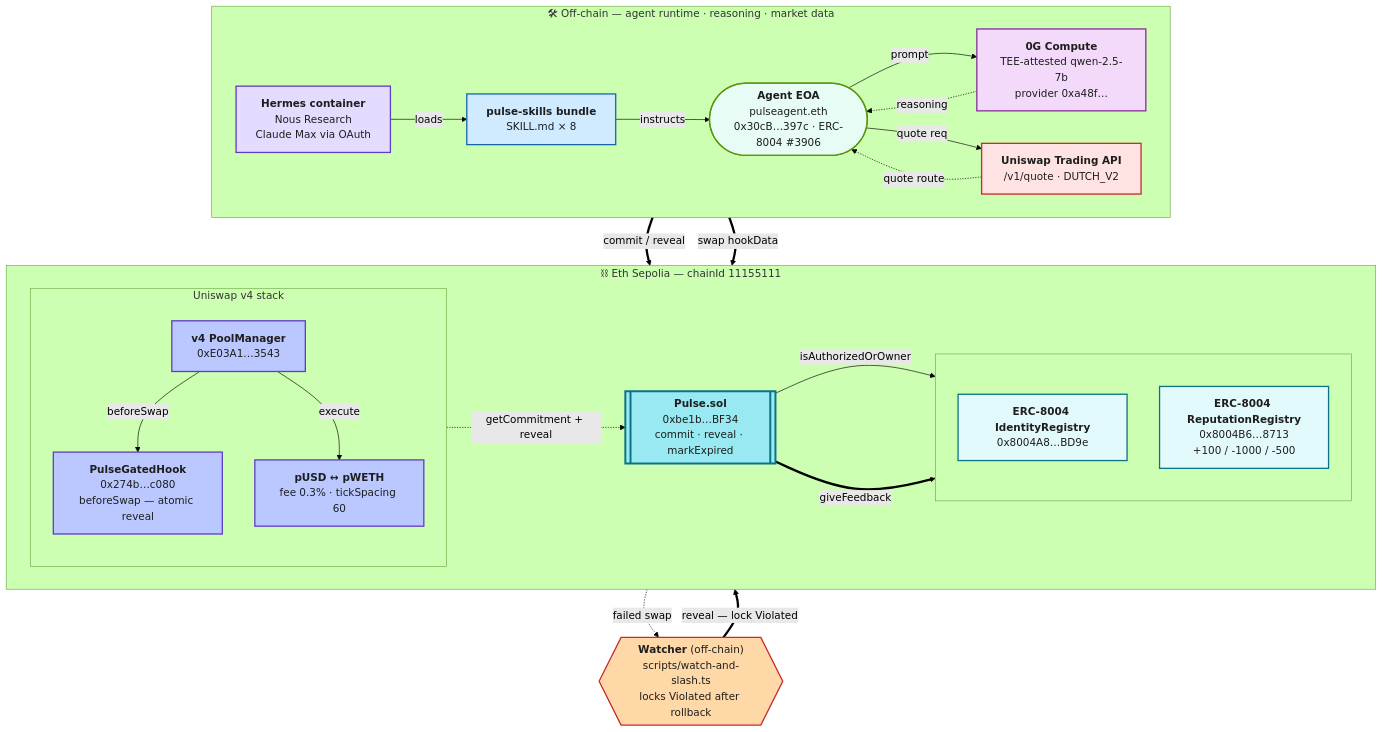
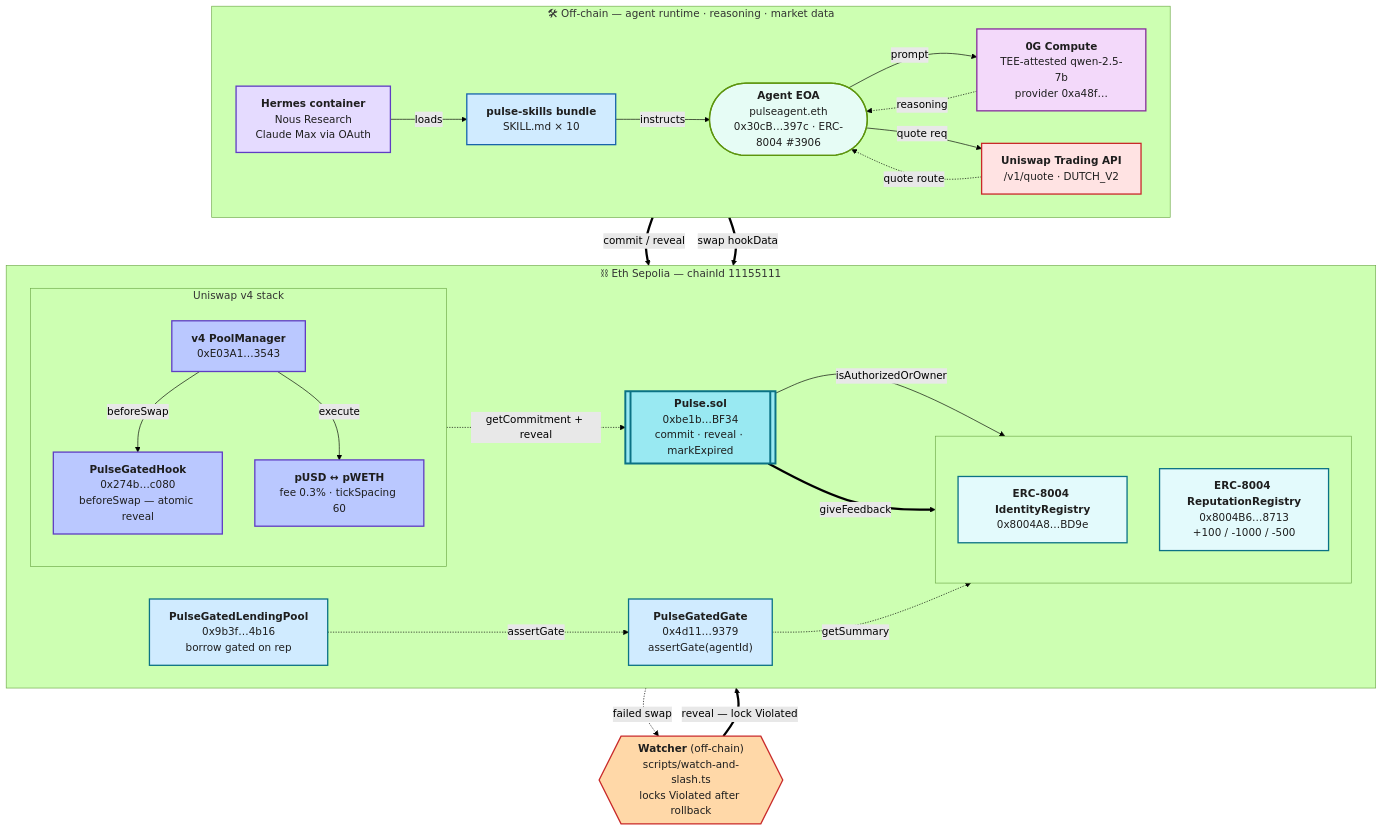
The diagram in README.md (ss251/ethglobal-openagents), drawn with Mermaid (forest theme) before and after one commit. The commit also changed other lines of this file and 3 other files, not shown here.

````diff
--- a/README.md
+++ b/README.md
@@ -19,74 +41,80 @@
 ```mermaid
 flowchart TD
     %% ── Off-chain agent runtime ────────────────────────────────────────
     subgraph OFF["🛠 Off-chain — agent runtime · reasoning · market data"]
         direction LR
         Hermes["<b>Hermes container</b><br/>Nous Research<br/>Claude Max via OAuth"]
-        Skills["<b>pulse-skills bundle</b><br/>SKILL.md × 8"]
+        Skills["<b>pulse-skills bundle</b><br/>SKILL.md × 10"]
         Agent(["<b>Agent EOA</b><br/>pulseagent.eth<br/>0x30cB…397c · ERC-8004 #3906"])
         ZG["<b>0G Compute</b><br/>TEE-attested qwen-2.5-7b<br/>provider 0xa48f…"]
         Trade["<b>Uniswap Trading API</b><br/>/v1/quote · DUTCH_V2"]
     end
 
     %% ── On-chain Eth Sepolia ──────────────────────────────────────────
     subgraph BASE["⛓ Eth Sepolia — chainId 11155111"]
         direction LR
         subgraph ERC[" "]
             direction TB
             ID["<b>ERC-8004 IdentityRegistry</b><br/>0x8004A8…BD9e"]
             Rep["<b>ERC-8004 ReputationRegistry</b><br/>0x8004B6…8713<br/>+100 / -1000 / -500"]
         end
         Pulse[["<b>Pulse.sol</b><br/>0xbe1b…BF34<br/>commit · reveal · markExpired"]]
+        Gate["<b>PulseGatedGate</b><br/>0x4d11…9379<br/>assertGate(agentId)"]
+        Lend["<b>PulseGatedLendingPool</b><br/>0x9b3f…4b16<br/>borrow gated on rep"]
         subgraph V4["Uniswap v4 stack"]
             direction TB
             Hook["<b>PulseGatedHook</b><br/>0x274b…c080<br/>beforeSwap — atomic reveal"]
             PM["<b>v4 PoolManager</b><br/>0xE03A1…3543"]
             Pool["<b>pUSD ↔ pWETH</b><br/>fee 0.3% · tickSpacing 60"]
         end
     end
 
     Watcher{{"<b>Watcher</b> (off-chain)<br/>scripts/watch-and-slash.ts<br/>locks Violated after rollback"}}
 
     %% ── Off-chain agent loop ───────────────────────────────────────────
     Hermes -->|loads| Skills
     Skills -->|instructs| Agent
     Agent -->|prompt| ZG
     ZG -.->|reasoning| Agent
     Agent -->|quote req| Trade
     Trade -.->|quote route| Agent
 
     %% ── Cross-band: agent → Pulse ──────────────────────────────────────
     Agent ==>|commit / reveal| Pulse
     Pulse -->|isAuthorizedOrOwner| ID
     Pulse ==>|giveFeedback| Rep
     Hook -.->|getCommitment + reveal| Pulse
+    Gate -.->|getSummary| Rep
+    Lend -.->|assertGate| Gate
 
     %% ── v4 swap path ──────────────────────────────────────────────────
     Agent ==>|swap hookData| PM
     PM -->|beforeSwap| Hook
     PM -->|execute| Pool
 
     %% ── Atomic-rollback recovery ──────────────────────────────────────
     Pool -.->|failed swap| Watcher
     Watcher ==>|reveal — lock Violated| Pulse
 
     classDef agentBox fill:#e6fcf5,stroke:#5c940d,stroke-width:2px,color:#1e1e1e
     classDef hermesBox fill:#e5dbff,stroke:#5f3dc4,stroke-width:2px,color:#1e1e1e
     classDef skillsBox fill:#d0ebff,stroke:#1864ab,stroke-width:2px,color:#1e1e1e
     classDef zgBox fill:#f3d9fa,stroke:#862e9c,stroke-width:2px,color:#1e1e1e
     classDef tradeBox fill:#ffe3e3,stroke:#c92a2a,stroke-width:2px,color:#1e1e1e
     classDef pulseBox fill:#99e9f2,stroke:#0b7285,stroke-width:3px,color:#1e1e1e
     classDef ercBox fill:#e3fafc,stroke:#0b7285,stroke-width:2px,color:#1e1e1e
     classDef v4Box fill:#bac8ff,stroke:#5f3dc4,stroke-width:2px,color:#1e1e1e
     classDef watcherBox fill:#ffd8a8,stroke:#c92a2a,stroke-width:2px,color:#1e1e1e
+    classDef gateBox fill:#d0ebff,stroke:#0b7285,stroke-width:2px,color:#1e1e1e
 
     class Agent agentBox
     class Hermes hermesBox
     class Skills skillsBox
     class ZG zgBox
     class Trade tradeBox
     class Pulse pulseBox
     class ID,Rep ercBox
     class Hook,PM,Pool v4Box
     class Watcher watcherBox
+    class Gate,Lend gateBox
 ```
````
